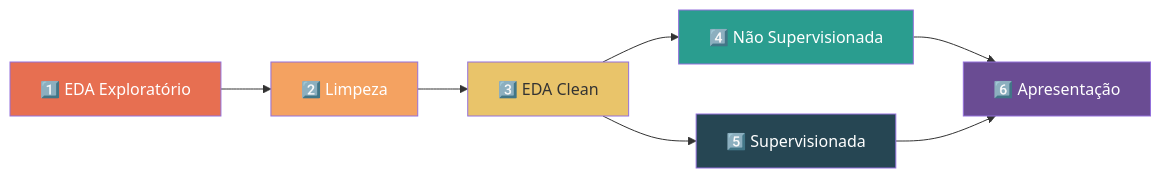
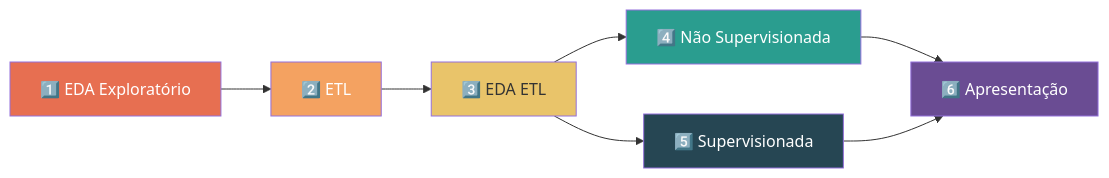
The second of 2 diagrams in README.md (vitorpaixao/flight-deley--prediction), drawn with Mermaid before and after one commit. The commit also changed 9 other files, not shown here.

````diff
--- a/README.md
+++ b/README.md
@@ -129,15 +129,15 @@
 ```mermaid
 graph LR
-    A["1️⃣ EDA Exploratório"] --> B["2️⃣ Limpeza"]
-    B --> C["3️⃣ EDA Clean"]
+    A["1️⃣ EDA Exploratório"] --> B["2️⃣ ETL"]
+    B --> C["3️⃣ EDA ETL"]
     C --> D["4️⃣ Não Supervisionada"]
     C --> E["5️⃣ Supervisionada"]
     D & E --> F["6️⃣ Apresentação"]
 
     style A fill:#e76f51,color:#fff
     style B fill:#f4a261,color:#fff
     style C fill:#e9c46a,color:#333
     style D fill:#2a9d8f,color:#fff
     style E fill:#264653,color:#fff
     style F fill:#6a4c93,color:#fff
 ```
````
